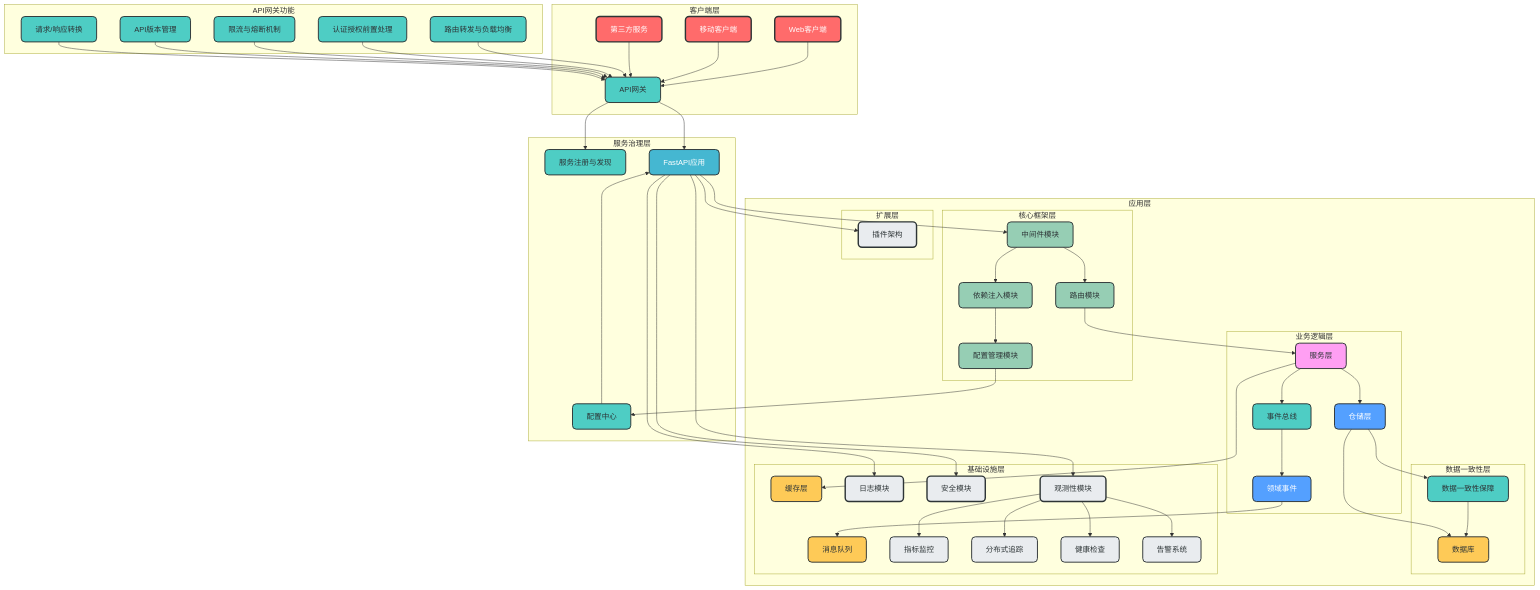
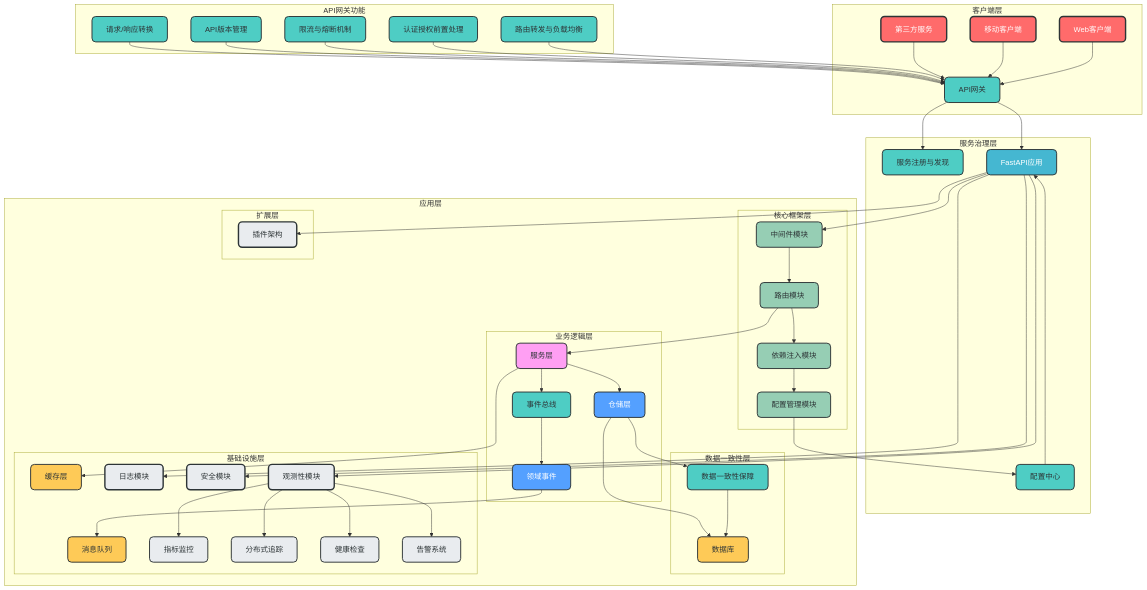
The fourth of 25 diagrams in docs/design/architecture_guide.md (amuqiao/fastapi-enterprise-framework-template), drawn with Mermaid before and after one commit. The commit also changed other lines of this file, not shown here.

```diff
--- a/docs/design/architecture_guide.md
+++ b/docs/design/architecture_guide.md
@@ -261,7 +259,7 @@
         subgraph 核心框架层
             E --> G[中间件模块]
             G --> F[路由模块]
-            G --> H[依赖注入模块]
+            F --> H[依赖注入模块]
             H --> I[配置管理模块]
             I --> CC
         end
```
